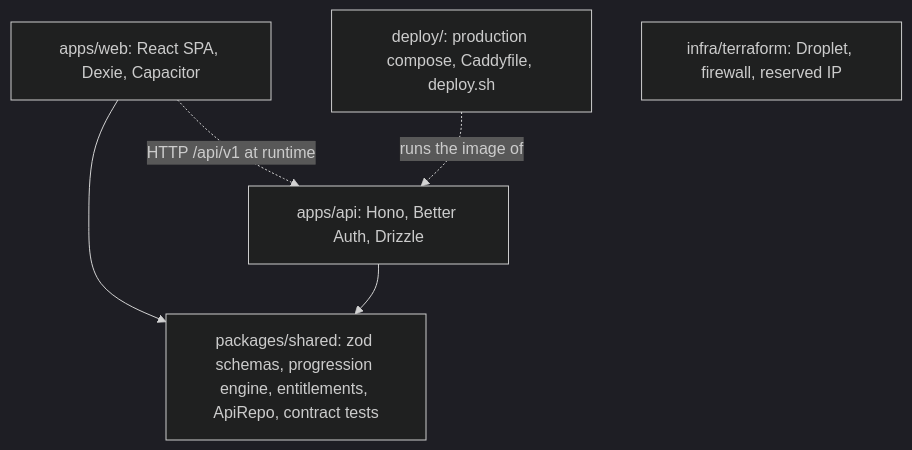
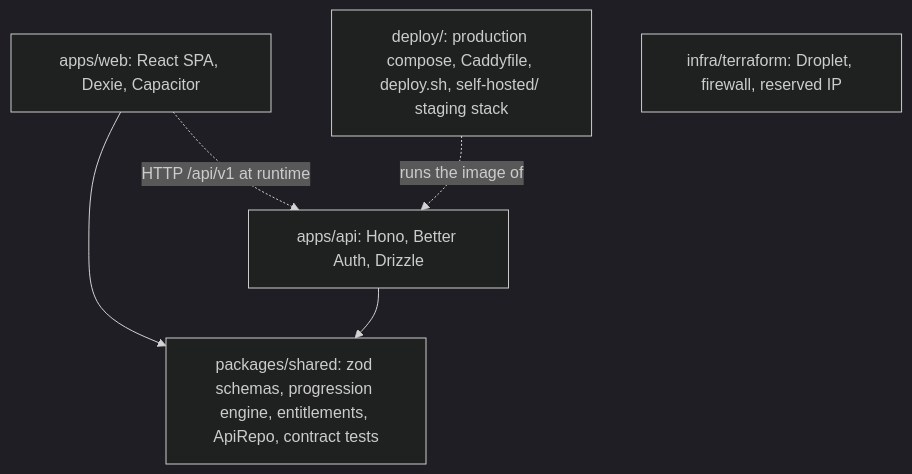
The second of 4 diagrams in docs/architecture.md (the3venthoriz0n/workout-tracker), drawn with Mermaid (dark theme) before and after one commit. The commit also changed other lines of this file and 7 other files, not shown here.

````diff
--- a/docs/architecture.md
+++ b/docs/architecture.md
@@ -29,9 +28,9 @@
 ```mermaid
 flowchart TD
   web["apps/web: React SPA, Dexie, Capacitor"] --> shared
   api["apps/api: Hono, Better Auth, Drizzle"] --> shared
   shared["packages/shared: zod schemas, progression engine, entitlements, ApiRepo, contract tests"]
   web -. "HTTP /api/v1 at runtime" .-> api
-  deploy["deploy/: production compose, Caddyfile, deploy.sh"] -. "runs the image of" .-> api
+  deploy["deploy/: production compose, Caddyfile, deploy.sh, self-hosted/ staging stack"] -. "runs the image of" .-> api
   infra["infra/terraform: Droplet, firewall, reserved IP"]
 ```
````
